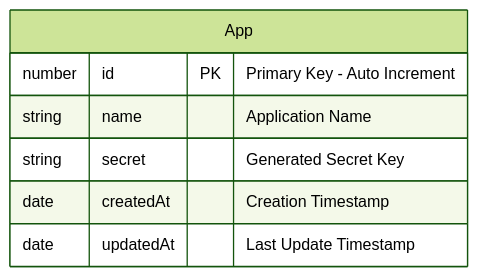
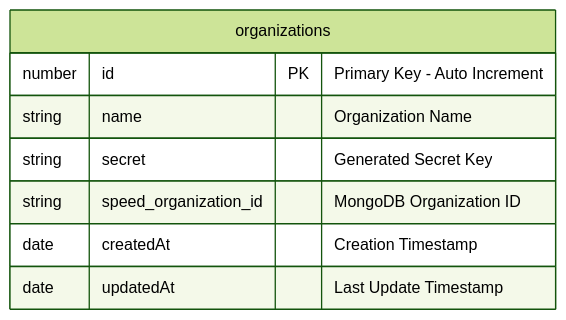
Before and after one commit to ylevan-fl/speedydd-proposal: the diagram in speedydd-api-v1-propsal.md, drawn with Mermaid (forest theme). The commit also changed other lines of this file, not shown here.

````diff
--- a/speedydd-api-v1-propsal.md
+++ b/speedydd-api-v1-propsal.md
@@ -56,10 +56,11 @@
 ```mermaid
 erDiagram
-    App {
+    organizations {
         number id PK "Primary Key - Auto Increment"
-        string name "Application Name"
+        string name "Organization Name"
         string secret "Generated Secret Key"
+        string speed_organization_id "MongoDB Organization ID"
         date createdAt "Creation Timestamp"
         date updatedAt "Last Update Timestamp"
     }
 ```
````
